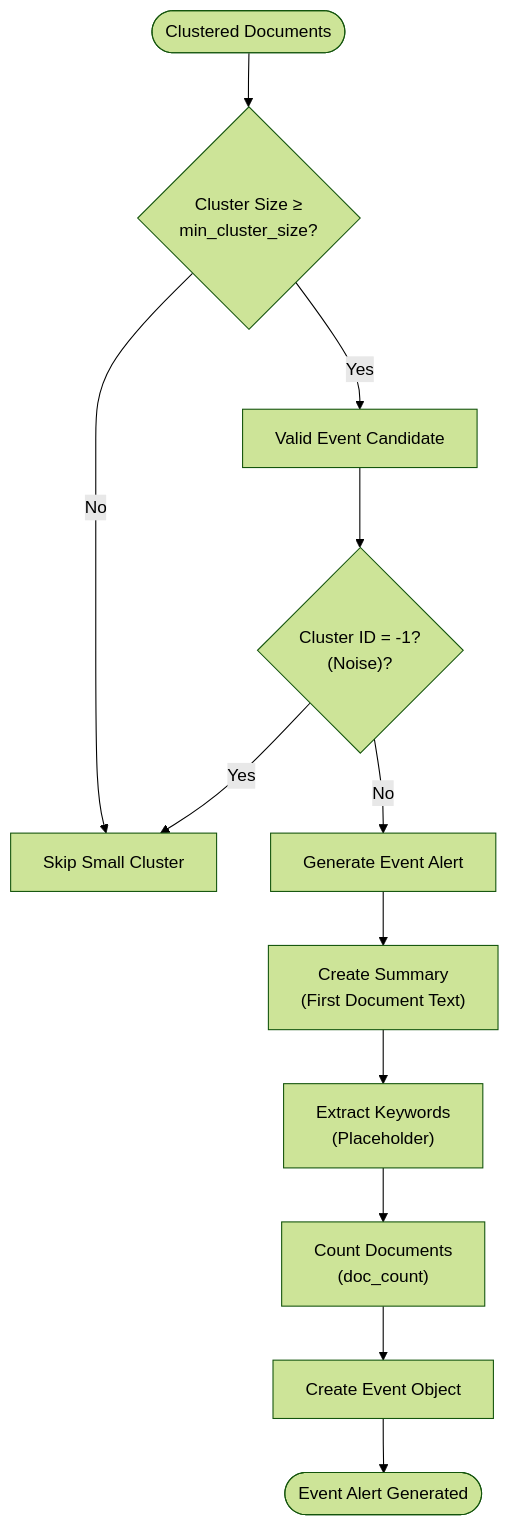
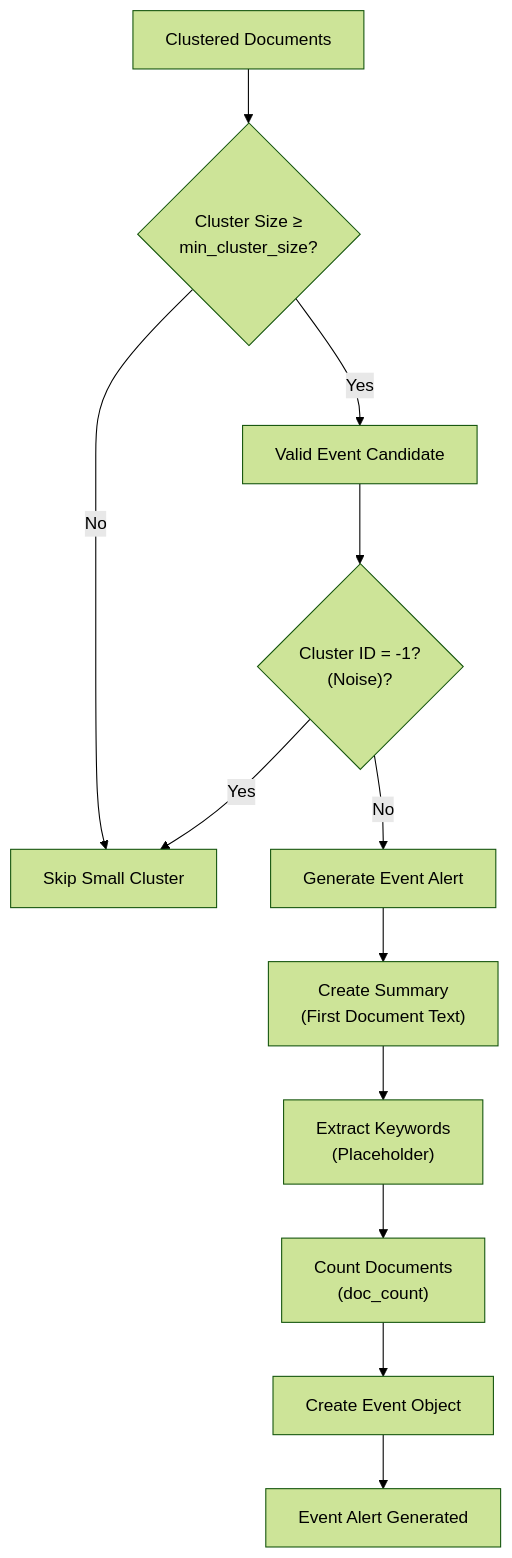
The fourth of 5 diagrams in docs/Specialized Modules/Event Detection.md (Likhithsai2580/RAVANA-WIKI), drawn with Mermaid (forest theme) before and after one commit. The commit also changed other lines of this file and 52 other files, not shown here.

First line of the commit message:
chore(docs): update documentation content, fix Mermaid diagrams, and enhance README

````diff
--- a/docs/Specialized Modules/Event Detection.md
+++ b/docs/Specialized Modules/Event Detection.md
@@ -107,14 +107,14 @@
 ```mermaid
 flowchart TD
-Start([Clustered Documents]) --> SizeCheck{"Cluster Size ≥<br/>min_cluster_size?"}
+Start["Clustered Documents"] --> SizeCheck{"Cluster Size ≥<br/>min_cluster_size?"}
 SizeCheck --> |No| Skip["Skip Small Cluster"]
 SizeCheck --> |Yes| Valid["Valid Event Candidate"]
 Valid --> NoiseCheck{"Cluster ID = -1?<br/>(Noise)?"}
 NoiseCheck --> |Yes| Skip
 NoiseCheck --> |No| Generate["Generate Event Alert"]
 Generate --> Summary["Create Summary<br/>(First Document Text)"]
 Summary --> Keywords["Extract Keywords<br/>(Placeholder)"]
 Keywords --> Count["Count Documents<br/>(doc_count)"]
 Count --> Output["Create Event Object"]
-Output --> End([Event Alert Generated])
+Output --> End["Event Alert Generated"]
 ```
````
